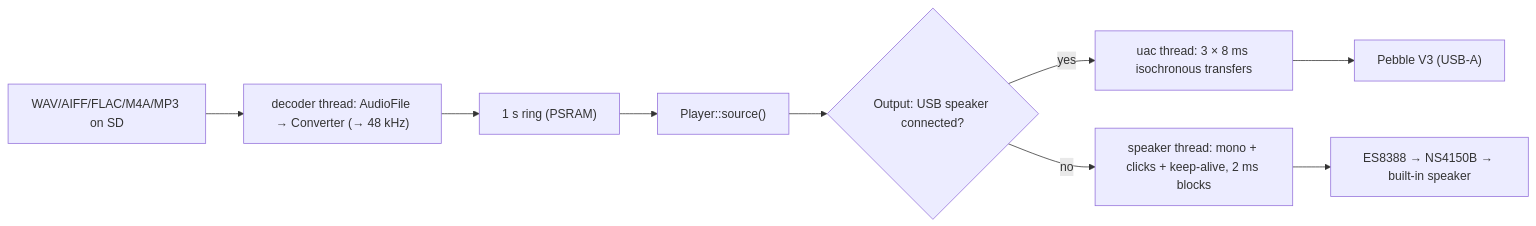
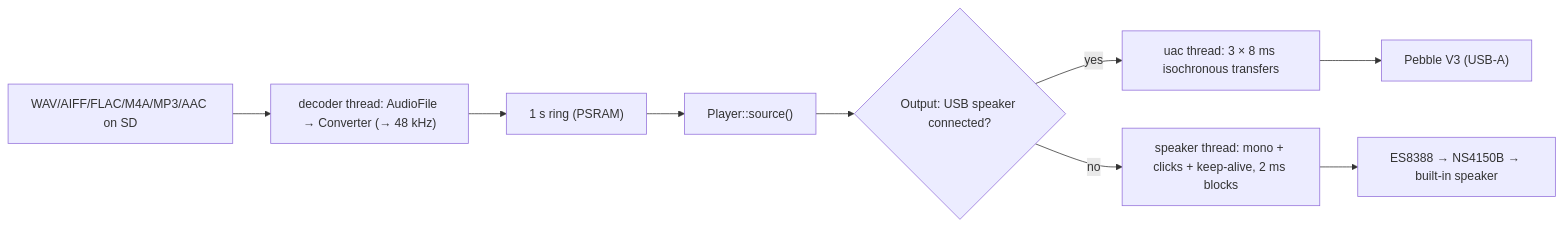
Before and after one commit to wackazong/wakey: the third of 3 diagrams in docs/architecture.md, drawn with Mermaid. The commit also changed other lines of this file and 13 other files, not shown here.

````diff
--- a/docs/architecture.md
+++ b/docs/architecture.md
@@ -183,11 +183,11 @@
 ```mermaid
 flowchart LR
-    SD["WAV/AIFF/FLAC/M4A/MP3 on SD"] --> DEC["decoder thread: AudioFile → Converter (→ 48 kHz)"]
+    SD["WAV/AIFF/FLAC/M4A/MP3/AAC on SD"] --> DEC["decoder thread: AudioFile → Converter (→ 48 kHz)"]
     DEC --> RING["1 s ring (PSRAM)"]
     RING --> SRC["Player::source()"]
     SRC --> OUT{"Output: USB speaker connected?"}
     OUT -- yes --> UAC["uac thread: 3 × 8 ms isochronous transfers"]
     UAC --> PEB["Pebble V3 (USB-A)"]
     OUT -- no --> MIX["speaker thread: mono + clicks + keep-alive, 2 ms blocks"]
     MIX --> BUILTIN["ES8388 → NS4150B → built-in speaker"]
 ```
````
